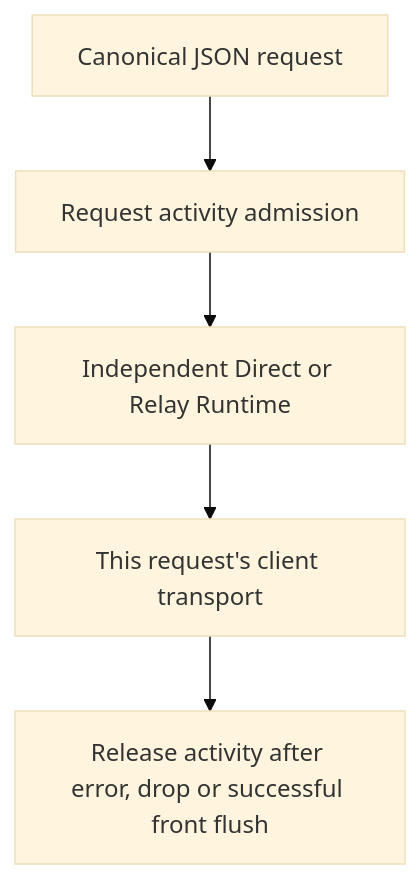
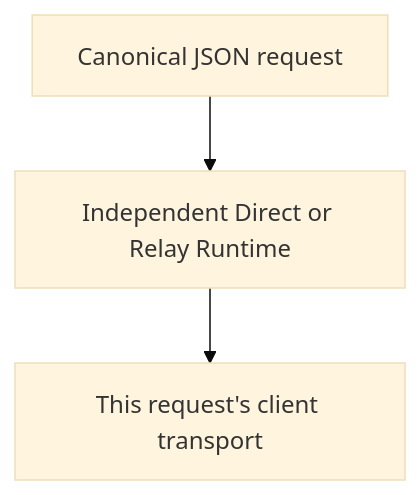
One commit to Jasonzhangf/routecodex changed the diagram in docs/architecture/wiki/v3-responses-session-admission.md. Above: the diagram before and after it, drawn with Mermaid (base theme). The commit also changed other lines of this file and 218 other files, not shown here.

````diff
--- a/docs/architecture/wiki/v3-responses-session-admission.md
+++ b/docs/architecture/wiki/v3-responses-session-admission.md
@@ -12,7 +11,5 @@
 ```mermaid
 flowchart TD
-  R[Canonical JSON request] --> A[Request activity admission]
-  A --> P[Independent Direct or Relay Runtime]
+  R[Canonical JSON request] --> P[Independent Direct or Relay Runtime]
   P --> O[This request's client transport]
-  O --> X[Release activity after error, drop or successful front flush]
 ```
````
